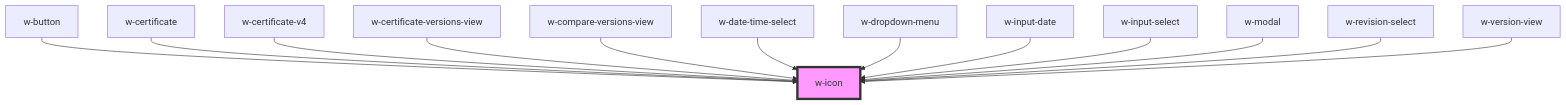
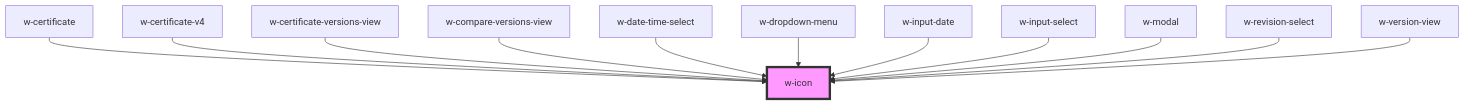
The diagram in src/components/w-icon/readme.md (wordproof/ui), drawn with Mermaid before and after one commit. The commit also changed other lines of this file and 2 other files, not shown here.

Commit message:
auto generate components docs

````diff
--- a/src/components/w-icon/readme.md
+++ b/src/components/w-icon/readme.md
@@ -34,16 +33,15 @@
 ```mermaid
 graph TD;
-  w-button --> w-icon
   w-certificate --> w-icon
   w-certificate-v4 --> w-icon
   w-certificate-versions-view --> w-icon
   w-compare-versions-view --> w-icon
   w-date-time-select --> w-icon
   w-dropdown-menu --> w-icon
   w-input-date --> w-icon
   w-input-select --> w-icon
   w-modal --> w-icon
   w-revision-select --> w-icon
   w-version-view --> w-icon
   style w-icon fill:#f9f,stroke:#333,stroke-width:4px
 ```
````
